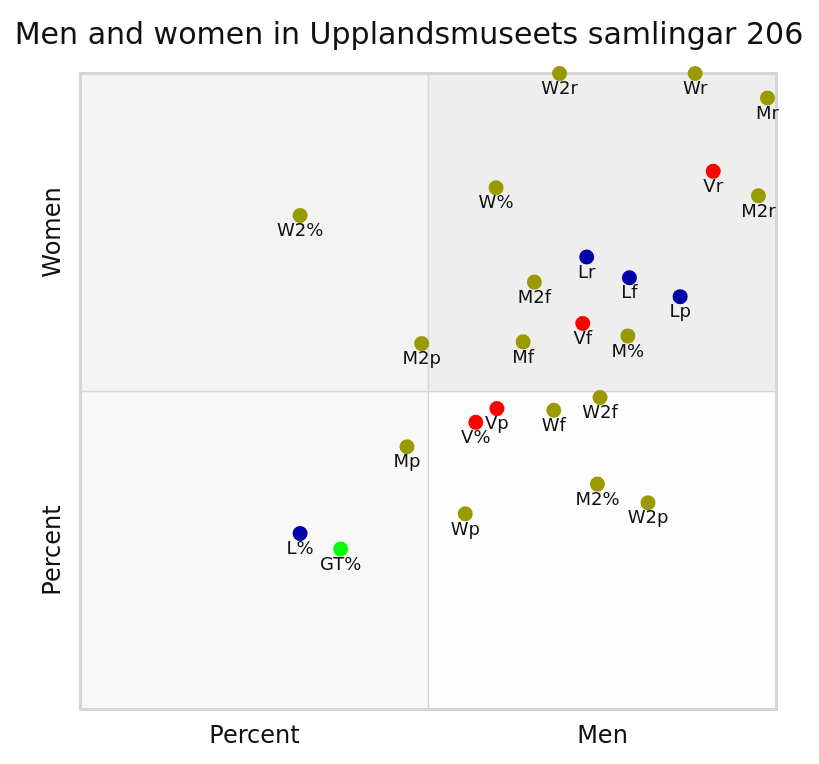
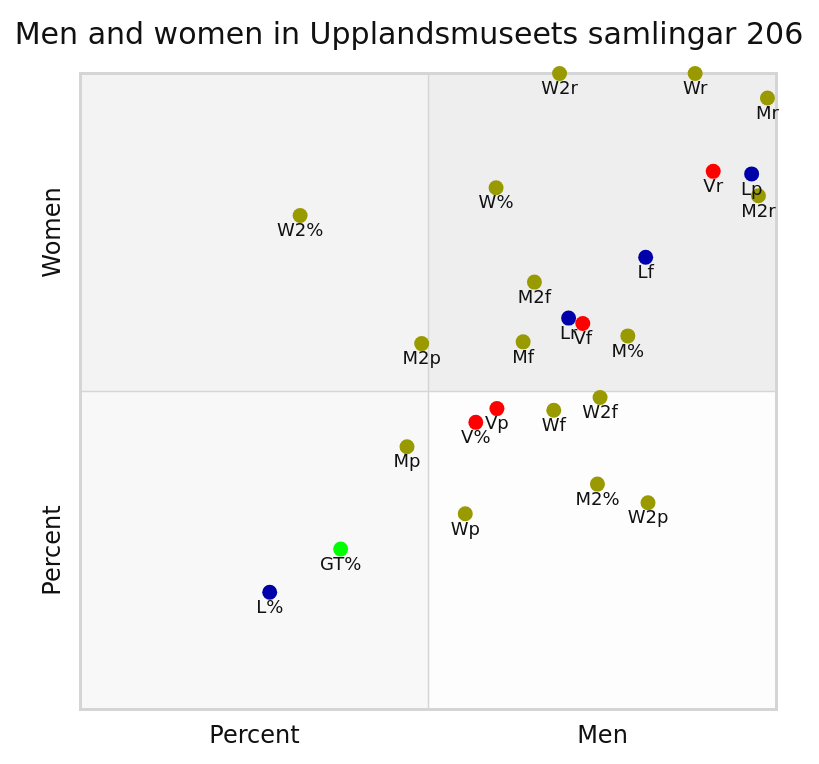
One commit to Modern36/tropes_1500 changed the third of 11 diagrams in browser/scatter.md. Above: the diagram before and after it, drawn with Mermaid (neutral theme). The commit also changed other lines of this file and 318 other files, not shown here.

````diff
--- a/browser/scatter.md
+++ b/browser/scatter.md
@@ -87,32 +87,32 @@
 ```mermaid
 quadrantChart
     title Men and women in Upplandsmuseets samlingar 206
     x-axis Percent --> Men
     y-axis Percent --> Women
     M%: [0.7864077669902912, 0.587378640776699] color: #999900
     M2%: [0.7427184466019418, 0.35436893203883496] color: #999900
     W%: [0.5970873786407767, 0.8203883495145631] color: #999900
     W2%: [0.3155339805825243, 0.7766990291262136] color: #999900
     GT%: [0.3737864077669903, 0.2524271844660194] color: #00FF00
     V%: [0.5679611650485437, 0.45145631067961167] color: #FF0000
-    L%: [0.3155339805825243, 0.2766990291262136] color: #0000AA
-    Lf: [0.7887323943661972, 0.6788990825688075]  color: #0000AA
-    Lp: [0.8615384615384616, 0.6491228070175439]  color: #0000AA
-    Lr: [0.7272727272727273, 0.7115384615384616]  color: #0000AA
+    L%: [0.27184466019417475, 0.18446601941747573] color: #0000AA
+    Lf: [0.8120300751879699, 0.7111111111111111]  color: #0000AA
+    Lp: [0.9642857142857143, 0.8421052631578947]  color: #0000AA
+    Lr: [0.7012987012987013, 0.6153846153846154]  color: #0000AA
     Vf: [0.7216494845360825, 0.6068965517241379]  color: #FF0000
     Vp: [0.5982905982905983, 0.4731182795698925]  color: #FF0000
     Vr: [0.9090909090909091, 0.8461538461538461]  color: #FF0000
-    W2f: [0.7464788732394366, 0.4905660377358491]  color: #999900
+    W2f: [0.7464788732394366, 0.49056603773584906]  color: #999900
     W2p: [0.8153846153846154, 0.325]  color: #999900
     W2r: [0.6883116883116883, 0.9999]  color: #999900
     Wf: [0.68, 0.47058823529411764]  color: #999900
     Wp: [0.5528455284552846, 0.3076923076923077]  color: #999900
     Wr: [0.8831168831168831, 0.9999]  color: #999900
     M2f: [0.6521739130434783, 0.672]  color: #999900
     M2p: [0.49019607843137253, 0.5753424657534246]  color: #999900
     M2r: [0.974025974025974, 0.8076923076923077]  color: #999900
-    Mf: [0.6359832635983264, 0.5780346820809248]  color: #999900
+    Mf: [0.6359832635983264, 0.5780346820809249]  color: #999900
     Mp: [0.4691358024691358, 0.4132231404958678]  color: #999900
     Mr: [0.987012987012987, 0.9615384615384616]  color: #999900
 
 ```
````
